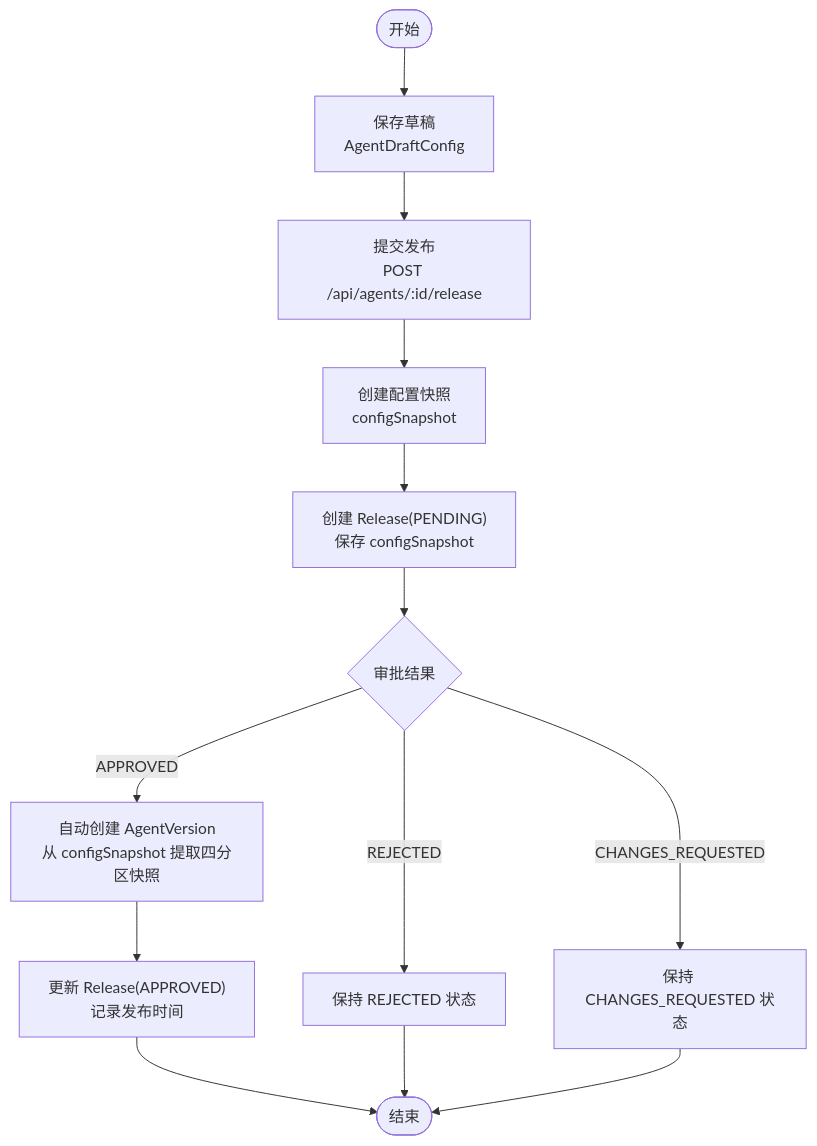
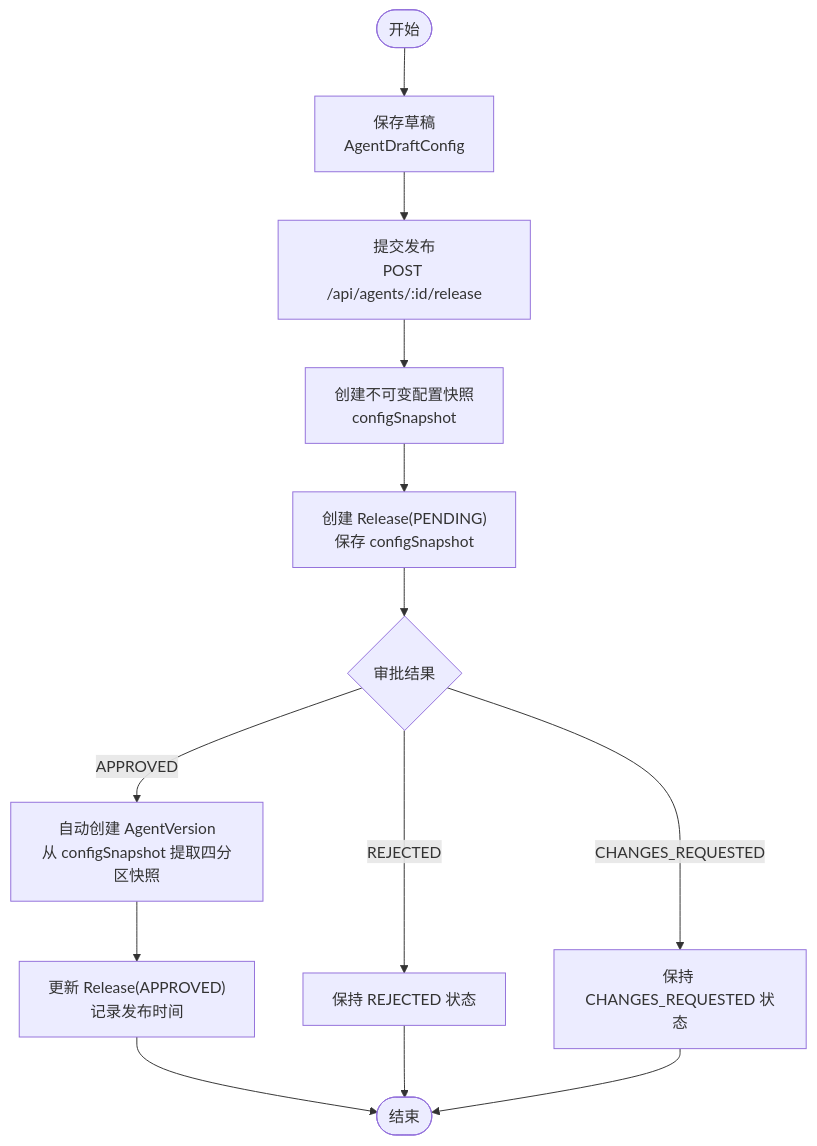
One commit to ai-guru-global/agent-up changed the seventh of 8 diagrams in .qoder/repowiki/zh/content/功能模块/版本控制.md. Above: the diagram before and after it, drawn with Mermaid. The commit also changed other lines of this file and 59 other files, not shown here.

````diff
--- a/.qoder/repowiki/zh/content/功能模块/版本控制.md
+++ b/.qoder/repowiki/zh/content/功能模块/版本控制.md
@@ -223,15 +365,15 @@
 ```mermaid
 flowchart TD
 Start(["开始"]) --> Draft["保存草稿<br/>AgentDraftConfig"]
 Draft --> Submit["提交发布<br/>POST /api/agents/:id/release"]
-Submit --> CreateSnapshot["创建配置快照<br/>configSnapshot"]
+Submit --> CreateSnapshot["创建不可变配置快照<br/>configSnapshot"]
 CreateSnapshot --> CreateRelease["创建 Release(PENDING)<br/>保存 configSnapshot"]
 CreateRelease --> Review{"审批结果"}
 Review --> |APPROVED| AutoCreate["自动创建 AgentVersion<br/>从 configSnapshot 提取四分区快照"]
 Review --> |REJECTED| Reject["保持 REJECTED 状态"]
 Review --> |CHANGES_REQUESTED| RequestChanges["保持 CHANGES_REQUESTED 状态"]
 AutoCreate --> Publish["更新 Release(APPROVED)<br/>记录发布时间"]
 Publish --> End(["结束"])
 Reject --> End
 RequestChanges --> End
 ```
````
